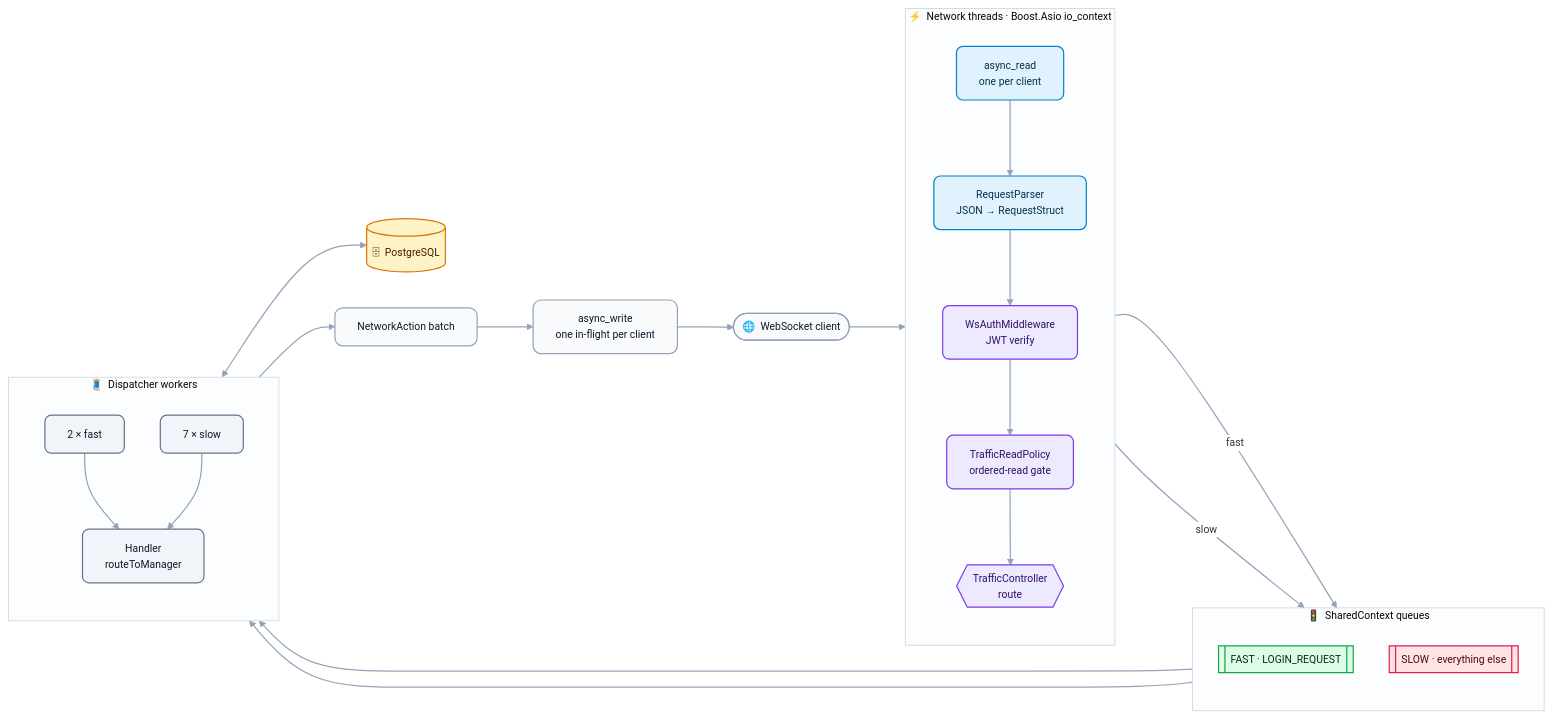
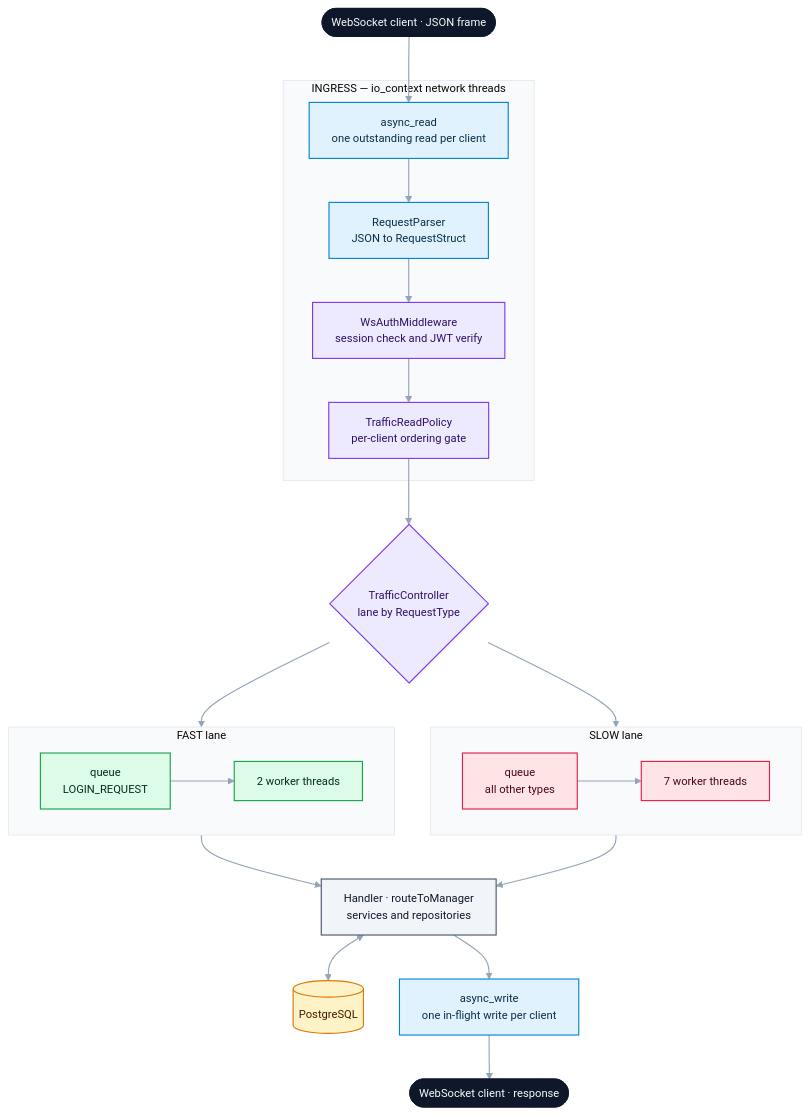
One commit to davidzdravkovic/ChatMe changed the diagram in ARCHITECTURE.md. Above: the diagram before and after it, drawn with Mermaid.

Commit message:
Architecture diagram polish

````diff
--- a/ARCHITECTURE.md
+++ b/ARCHITECTURE.md
@@ -9,72 +9,68 @@
 ```mermaid
 %%{init: {
   "theme": "base",
   "themeVariables": {
-    "fontFamily": "ui-sans-serif, -apple-system, Segoe UI, Roboto, sans-serif",
-    "fontSize": "13px",
+    "fontSize": "14px",
     "lineColor": "#94a3b8",
-    "clusterBkg": "#fbfdff",
-    "clusterBorder": "#cbd5e1",
+    "clusterBkg": "#f8fafc",
+    "clusterBorder": "#e2e8f0",
     "edgeLabelBackground": "#ffffff"
   },
-  "flowchart": { "curve": "basis", "nodeSpacing": 45, "rankSpacing": 70, "padding": 14 }
+  "flowchart": { "curve": "basis", "nodeSpacing": 45, "rankSpacing": 55, "padding": 14 }
 }}%%
-flowchart LR
-    CLIENT(["🌐 &nbsp;WebSocket client"])
+flowchart TD
+    IN(["WebSocket client · JSON frame"])
 
-    subgraph NET["⚡ &nbsp;Network threads · Boost.Asio io_context"]
-        direction TB
-        READ["async_read<br/>one per client"]
-        PARSE["RequestParser<br/>JSON → RequestStruct"]
-        AUTH["WsAuthMiddleware<br/>JWT verify"]
-        GATE["TrafficReadPolicy<br/>ordered-read gate"]
-        ROUTE{{"TrafficController<br/>route"}}
-        READ --> PARSE --> AUTH --> GATE --> ROUTE
+    subgraph ING["INGRESS — io_context network threads"]
+        READ["async_read<br/>one outstanding read per client"]
+        PARSE["RequestParser<br/>JSON to RequestStruct"]
+        AUTH["WsAuthMiddleware<br/>session check and JWT verify"]
+        GATE["TrafficReadPolicy<br/>per-client ordering gate"]
+        READ --> PARSE --> AUTH --> GATE
     end
 
-    subgraph QUEUES["🚦 &nbsp;SharedContext queues"]
-        direction TB
-        FAST[["FAST · LOGIN_REQUEST"]]
-        SLOW[["SLOW · everything else"]]
+    ROUTE{"TrafficController<br/>lane by RequestType"}
+
+    subgraph SLOWLANE["SLOW lane"]
+        direction LR
+        QS["queue<br/>all other types"] --> WS["7 worker threads"]
     end
 
-    subgraph WORKERS["🧵 &nbsp;Dispatcher workers"]
-        direction TB
-        WF["2 × fast"]
-        WS["7 × slow"]
-        HANDLER["Handler<br/>routeToManager"]
-        WF --> HANDLER
-        WS --> HANDLER
+    subgraph FASTLANE["FAST lane"]
+        direction LR
+        QF["queue<br/>LOGIN_REQUEST"] --> WF["2 worker threads"]
     end
 
-    DB[("🗄 &nbsp;PostgreSQL")]
-    ACTIONS["NetworkAction batch"]
-    WRITE["async_write<br/>one in-flight per client"]
+    HANDLER["Handler · routeToManager<br/>services and repositories"]
+    DB[("PostgreSQL")]
+    OUT["async_write<br/>one in-flight write per client"]
+    DONE(["WebSocket client · response"])
 
-    CLIENT ==> READ
-    ROUTE -- "fast" --> FAST
-    ROUTE -- "slow" --> SLOW
-    FAST --> WF
-    SLOW --> WS
+    IN --> READ
+    GATE --> ROUTE
+    ROUTE --> QF
+    ROUTE --> QS
+    WF --> HANDLER
+    WS --> HANDLER
     HANDLER <--> DB
-    HANDLER --> ACTIONS --> WRITE
-    WRITE ==> CLIENT
+    HANDLER --> OUT
+    OUT --> DONE
 
-    classDef ingress fill:#e0f2fe,stroke:#0284c7,stroke-width:1.5px,color:#082f49,rx:8,ry:8
-    classDef guard fill:#ede9fe,stroke:#7c3aed,stroke-width:1.5px,color:#2e1065,rx:8,ry:8
-    classDef fastLane fill:#dcfce7,stroke:#16a34a,stroke-width:1.5px,color:#052e16
-    classDef slowLane fill:#ffe4e6,stroke:#e11d48,stroke-width:1.5px,color:#4c0519
-    classDef worker fill:#f1f5f9,stroke:#64748b,stroke-width:1.5px,color:#0f172a,rx:8,ry:8
-    classDef store fill:#fef3c7,stroke:#d97706,stroke-width:1.5px,color:#451a03
-    classDef egress fill:#f8fafc,stroke:#94a3b8,stroke-width:1.5px,color:#0f172a,rx:10,ry:10
+    classDef client fill:#0f172a,stroke:#0f172a,stroke-width:1px,color:#f8fafc
+    classDef io fill:#e0f2fe,stroke:#0284c7,stroke-width:1.4px,color:#082f49
+    classDef guard fill:#ede9fe,stroke:#7c3aed,stroke-width:1.4px,color:#2e1065
+    classDef fastLane fill:#dcfce7,stroke:#16a34a,stroke-width:1.4px,color:#052e16
+    classDef slowLane fill:#ffe4e6,stroke:#e11d48,stroke-width:1.4px,color:#4c0519
+    classDef logic fill:#f1f5f9,stroke:#475569,stroke-width:1.4px,color:#0f172a
+    classDef store fill:#fef3c7,stroke:#d97706,stroke-width:1.4px,color:#451a03
 
-    class READ,PARSE ingress
+    class IN,DONE client
+    class READ,PARSE,OUT io
     class AUTH,GATE,ROUTE guard
-    class FAST fastLane
-    class SLOW slowLane
-    class WF,WS,HANDLER worker
+    class QF,WF fastLane
+    class QS,WS slowLane
+    class HANDLER logic
     class DB store
-    class CLIENT,ACTIONS,WRITE egress
 
-    linkStyle default stroke:#94a3b8,stroke-width:1.5px
+    linkStyle default stroke:#94a3b8,stroke-width:1.4px
 ```
````
